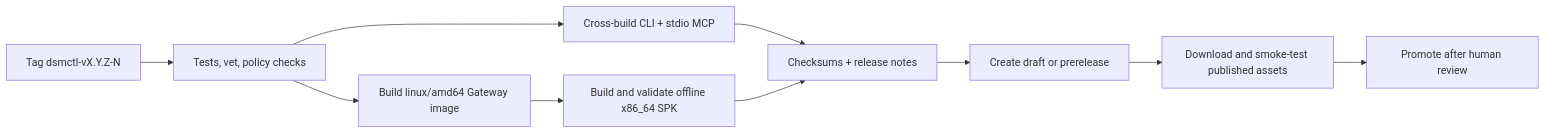
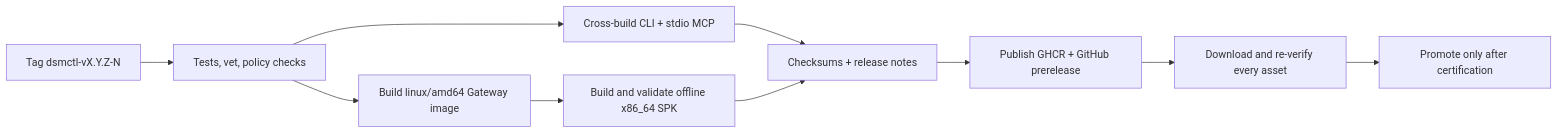
The diagram in docs/public-release-plan.md (derekvery666/dsmctl), drawn with Mermaid before and after one commit. The commit also changed other lines of this file and 15 other files, not shown here.

Commit message:
Publish preview release artifacts

````diff
--- a/docs/public-release-plan.md
+++ b/docs/public-release-plan.md
@@ -97,12 +110,12 @@
 ```mermaid
 flowchart LR
   Tag["Tag dsmctl-vX.Y.Z-N"] --> Verify["Tests, vet, policy checks"]
   Verify --> CLI["Cross-build CLI + stdio MCP"]
   Verify --> Gateway["Build linux/amd64 Gateway image"]
   Gateway --> SPK["Build and validate offline x86_64 SPK"]
   CLI --> Manifest["Checksums + release notes"]
   SPK --> Manifest
-  Manifest --> Draft["Create draft or prerelease"]
-  Draft --> Smoke["Download and smoke-test published assets"]
-  Smoke --> Publish["Promote after human review"]
+  Manifest --> Preview["Publish GHCR + GitHub prerelease"]
+  Preview --> Smoke["Download and re-verify every asset"]
+  Smoke --> Stable["Promote only after certification"]
 ```
````
